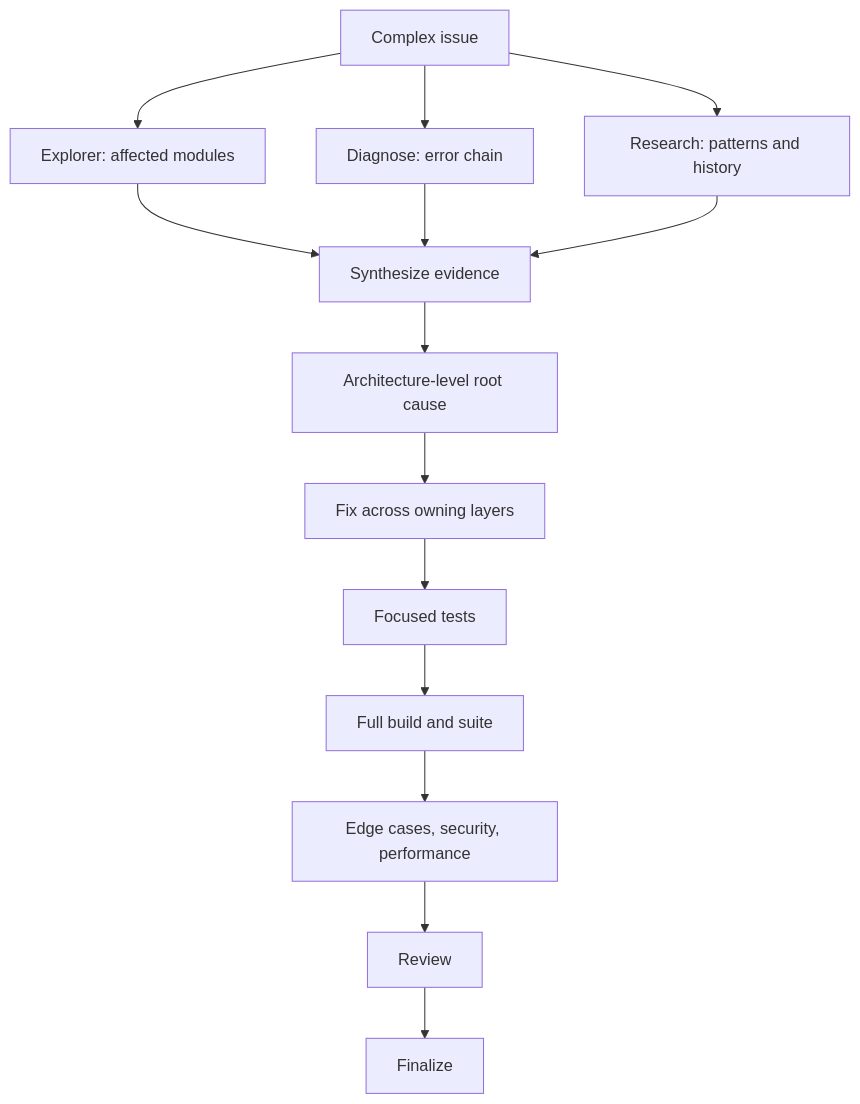
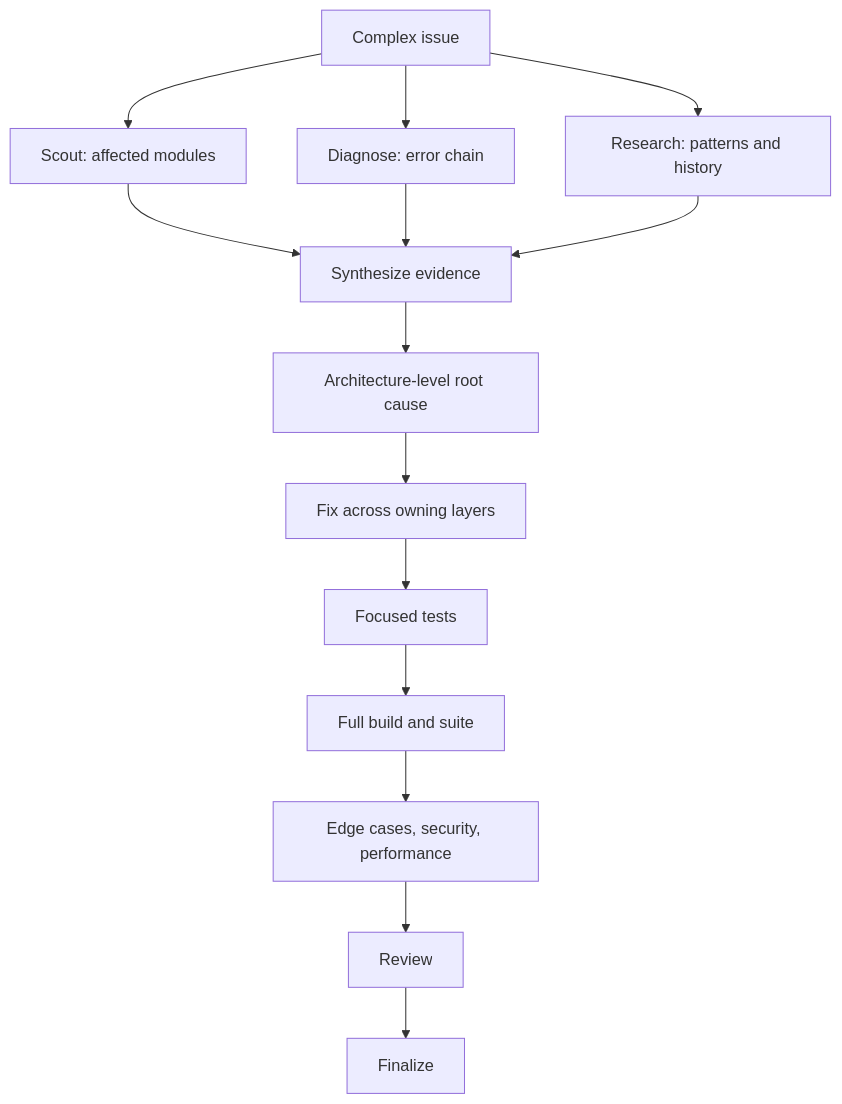
Before and after one commit to baka3k/dev-kit: the fifth of 12 diagrams in wiki/en/hi-fix-skill.md, drawn with Mermaid. The commit also changed other lines of this file and 62 other files, not shown here.

First line of the commit message:
refactor: replace hi-codebase-research-explorer with hi-scout across documentation and workflows

````diff
--- a/wiki/en/hi-fix-skill.md
+++ b/wiki/en/hi-fix-skill.md
@@ -208,16 +208,16 @@
 ```mermaid
 flowchart TD
-    A[Complex issue] --> B1[Explorer: affected modules]
+    A[Complex issue] --> B1[Scout: affected modules]
     A --> B2[Diagnose: error chain]
     A --> B3[Research: patterns and history]
     B1 --> C[Synthesize evidence]
     B2 --> C
     B3 --> C
     C --> D[Architecture-level root cause]
     D --> E[Fix across owning layers]
     E --> F[Focused tests]
     F --> G[Full build and suite]
     G --> H[Edge cases, security, performance]
     H --> I[Review]
     I --> J[Finalize]
 ```
````
